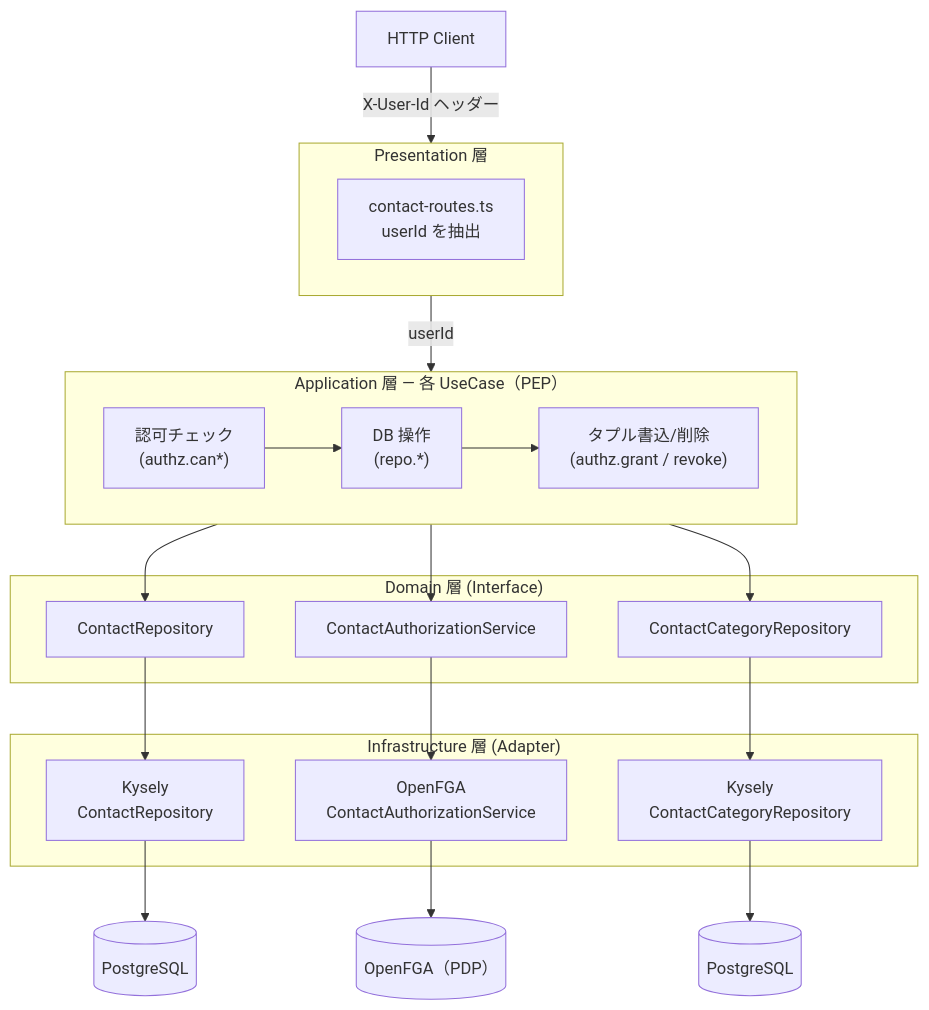
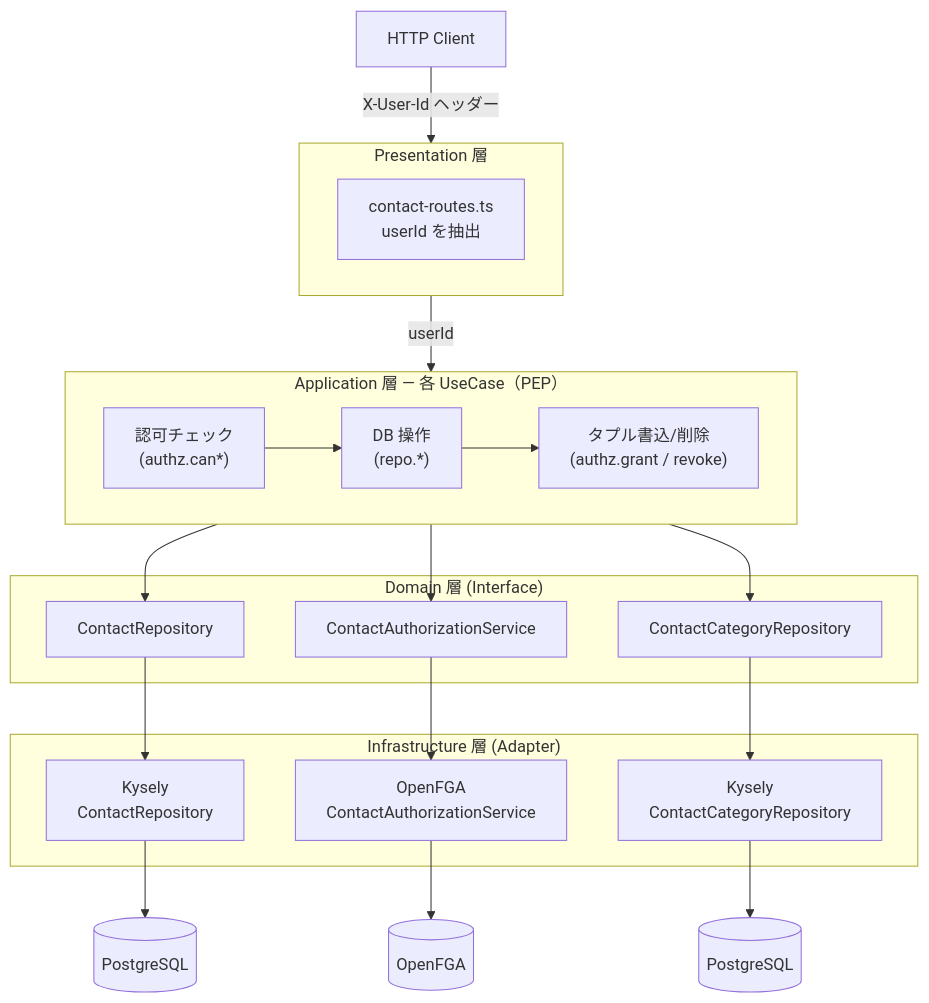
The first of 2 diagrams in docs/authorization.md (uraitakahito/contact-api), drawn with Mermaid before and after one commit. The commit also changed other lines of this file, not shown here.

Commit message:
Update OpenFGA references in authorization documentation

````diff
--- a/docs/authorization.md
+++ b/docs/authorization.md
@@ -9,40 +9,40 @@
 ```mermaid
 graph TD
     Client["HTTP Client"]
     Client -- "X-User-Id ヘッダー" --> Presentation
 
     subgraph Presentation["Presentation 層"]
         Routes["contact-routes.ts<br/>userId を抽出"]
     end
 
     Presentation -- "userId" --> Application
 
     subgraph Application["Application 層 — 各 UseCase（PEP）"]
         AuthzCheck["認可チェック<br/>(authz.can*)"]
         DbOp["DB 操作<br/>(repo.*)"]
         TupleOp["タプル書込/削除<br/>(authz.grant / revoke)"]
         AuthzCheck --> DbOp --> TupleOp
     end
 
     Application --> PortRepo & PortAuthz & PortCat
 
     subgraph Domain["Domain 層 (Interface)"]
         PortRepo["ContactRepository"]
         PortAuthz["ContactAuthorizationService"]
         PortCat["ContactCategoryRepository"]
     end
 
     PortRepo --> AdapterRepo
     PortAuthz --> AdapterAuthz
     PortCat --> AdapterCat
 
     subgraph Infra["Infrastructure 層 (Adapter)"]
         AdapterRepo["Kysely<br/>ContactRepository"]
         AdapterAuthz["OpenFGA<br/>ContactAuthorizationService"]
         AdapterCat["Kysely<br/>ContactCategoryRepository"]
     end
 
     AdapterRepo --> PostgreSQL1[("PostgreSQL")]
-    AdapterAuthz --> OpenFGA[("OpenFGA（PDP）")]
+    AdapterAuthz --> OpenFGA[("OpenFGA")]
     AdapterCat --> PostgreSQL2[("PostgreSQL")]
 ```
````
